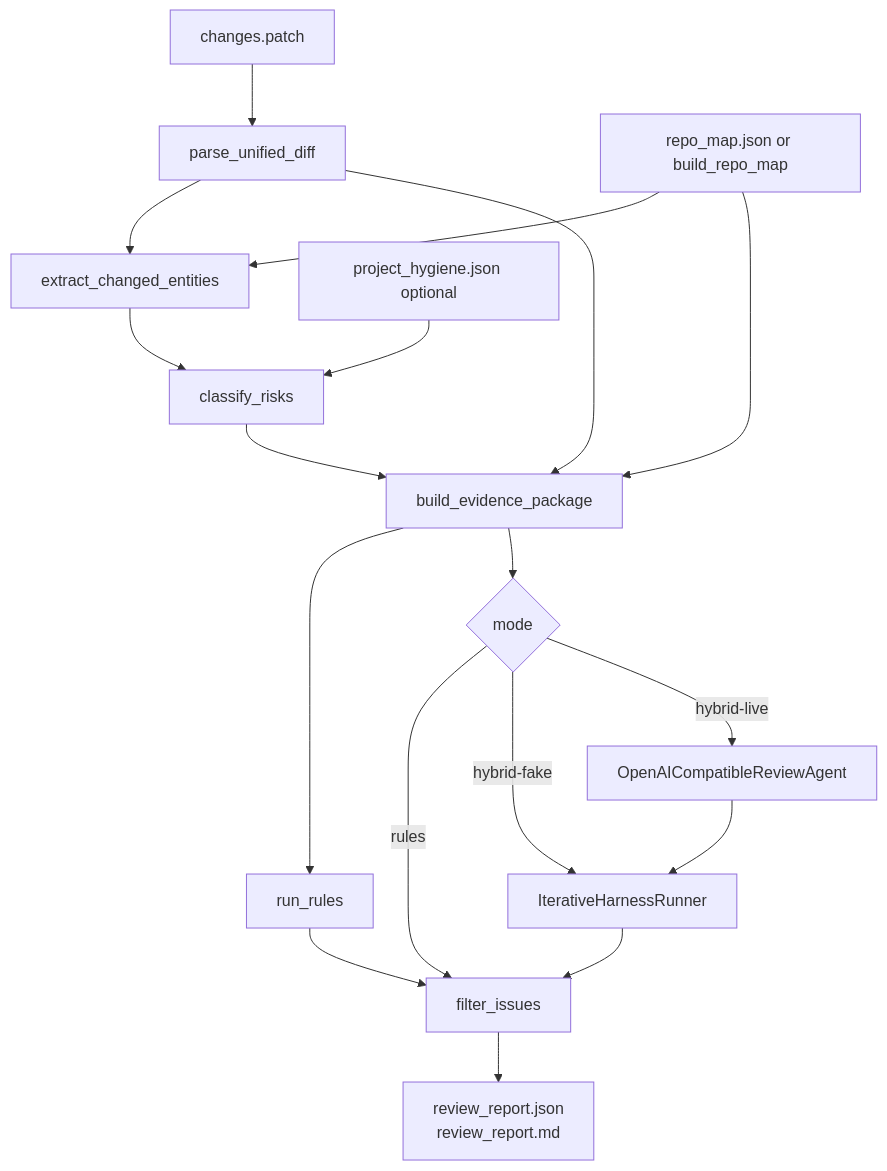
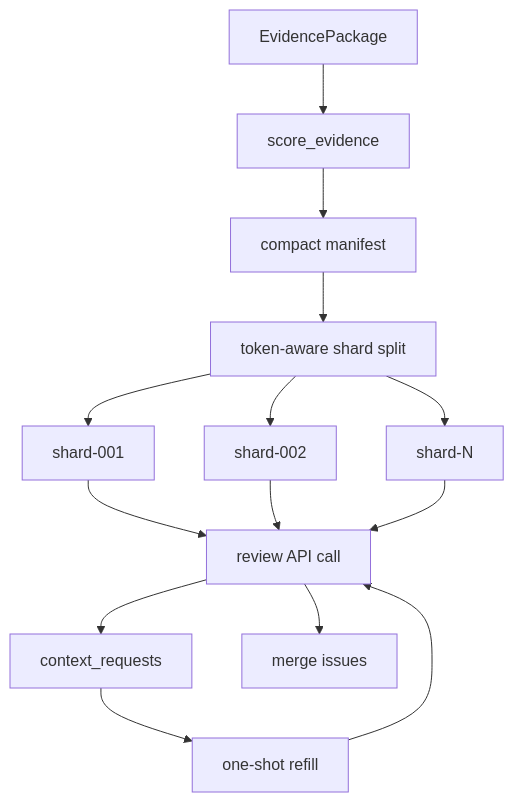
The fourth of 5 diagrams in docs/architecture_overview.md (wsh-prime/code-review-agent), drawn with Mermaid before and after one commit. The commit also changed other lines of this file and 20 other files, not shown here.

````diff
--- a/docs/architecture_overview.md
+++ b/docs/architecture_overview.md
@@ -261,21 +143,16 @@
 ```mermaid
 flowchart TD
-    Diff[changes.patch] --> Parse[parse_unified_diff]
-    Repo[repo_map.json or build_repo_map] --> Entity[extract_changed_entities]
-    Hygiene[project_hygiene.json optional] --> Risk[classify_risks]
-    Parse --> Entity
-    Entity --> Risk
-    Risk --> Evidence[build_evidence_package]
-    Parse --> Evidence
-    Repo --> Evidence
-
-    Evidence --> Rules[run_rules]
-    Evidence --> Mode{mode}
-    Mode -->|rules| Filter[filter_issues]
-    Mode -->|hybrid-fake| Loop[IterativeHarnessRunner]
-    Mode -->|hybrid-live| Live[OpenAICompatibleReviewAgent]
-    Live --> Loop
-    Rules --> Filter
-    Loop --> Filter
-    Filter --> Report[review_report.json<br/>review_report.md]
+    Package[EvidencePackage] --> Score[score_evidence]
+    Score --> Manifest[compact manifest]
+    Manifest --> Split[token-aware shard split]
+    Split --> S1[shard-001]
+    Split --> S2[shard-002]
+    Split --> S3[shard-N]
+    S1 --> API[review API call]
+    S2 --> API
+    S3 --> API
+    API --> Requests[context_requests]
+    Requests --> Refill[one-shot refill]
+    Refill --> API
+    API --> Merge[merge issues]
 ```
````
